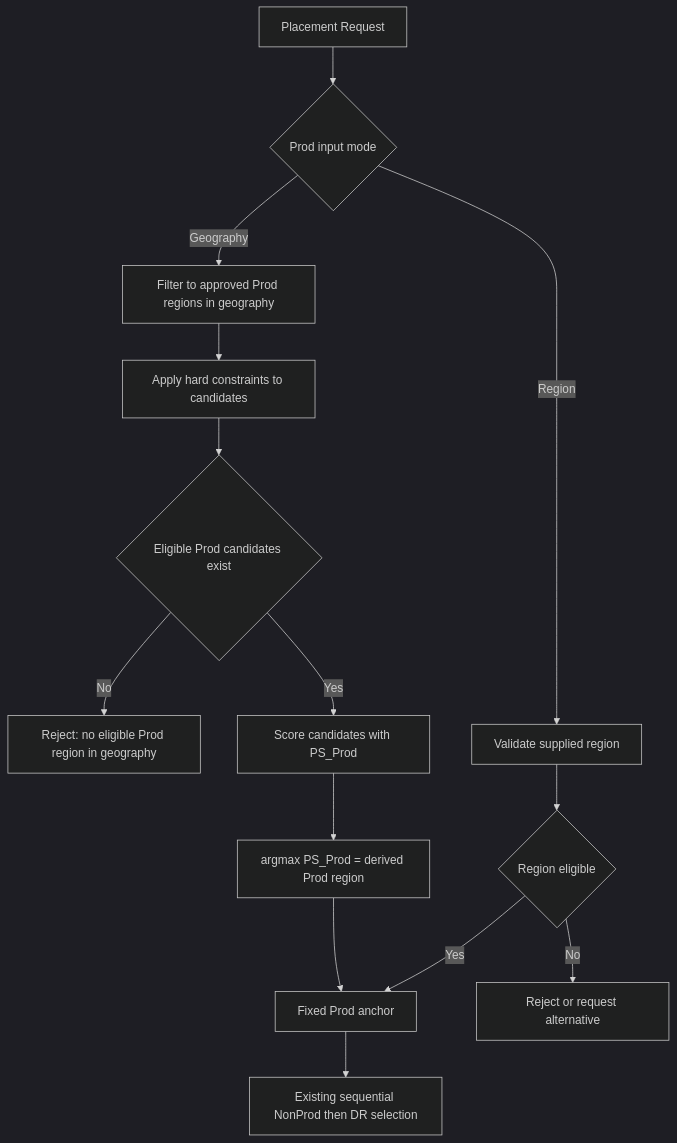
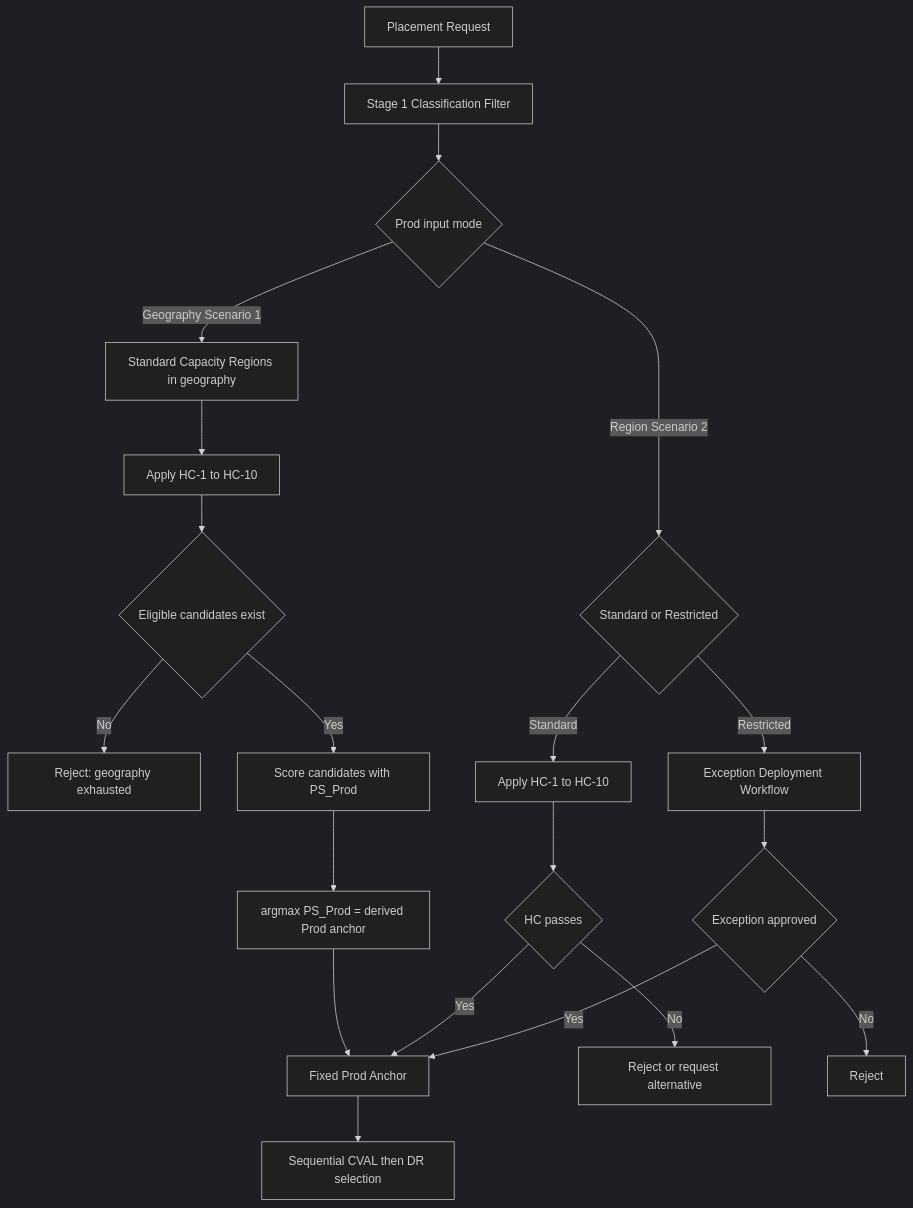
The seventh of 24 diagrams in docs/acrme_production_readiness_review_and_architecture.md (vishnu4573/acrme-capacity-reservation), drawn with Mermaid (dark theme) before and after one commit. The commit also changed other lines of this file and 2 other files, not shown here.

Commit message:
PRR §27-28: production-ready region selection — classification model, eligibility decision tree, restricted region rules, Middle East cross-geo extension, exception workflow, validation framework, governance controls (HC-9, HC-10, VR-1..VR-11); §28 CVAL=NonProd note

````diff
--- a/docs/acrme_production_readiness_review_and_architecture.md
+++ b/docs/acrme_production_readiness_review_and_architecture.md
@@ -816,16 +914,22 @@
 ```mermaid
 flowchart TD
-    Input[Placement Request] --> Mode{Prod input mode}
-    Mode -- Geography --> GeoFilter[Filter to approved Prod regions in geography]
-    GeoFilter --> GeoConstraints[Apply hard constraints to candidates]
-    GeoConstraints --> GeoEligible{Eligible Prod candidates exist}
-    GeoEligible -- No --> GeoReject[Reject: no eligible Prod region in geography]
+    Input[Placement Request] --> ClassFilter[Stage 1 Classification Filter]
+    ClassFilter --> Mode{Prod input mode}
+    Mode -- Geography Scenario 1 --> GeoStd[Standard Capacity Regions in geography]
+    GeoStd --> GeoHC[Apply HC-1 to HC-10]
+    GeoHC --> GeoEligible{Eligible candidates exist}
+    GeoEligible -- No --> GeoReject[Reject: geography exhausted]
     GeoEligible -- Yes --> GeoScore[Score candidates with PS_Prod]
-    GeoScore --> GeoPick[argmax PS_Prod = derived Prod region]
-    GeoPick --> Anchor[Fixed Prod anchor]
-    Mode -- Region --> Validate[Validate supplied region]
-    Validate --> RegionOk{Region eligible}
-    RegionOk -- No --> RegionReject[Reject or request alternative]
-    RegionOk -- Yes --> Anchor
-    Anchor --> Sequential[Existing sequential NonProd then DR selection]
+    GeoScore --> GeoPick[argmax PS_Prod = derived Prod anchor]
+    GeoPick --> Anchor[Fixed Prod Anchor]
+    Mode -- Region Scenario 2 --> S2Class{Standard or Restricted}
+    S2Class -- Standard --> S2HC[Apply HC-1 to HC-10]
+    S2HC --> S2Ok{HC passes}
+    S2Ok -- No --> S2Reject[Reject or request alternative]
+    S2Ok -- Yes --> Anchor
+    S2Class -- Restricted --> ExceptionWf[Exception Deployment Workflow]
+    ExceptionWf --> ExApproved{Exception approved}
+    ExApproved -- Yes --> Anchor
+    ExApproved -- No --> ExReject[Reject]
+    Anchor --> SeqSelect[Sequential CVAL then DR selection]
 ```
````
